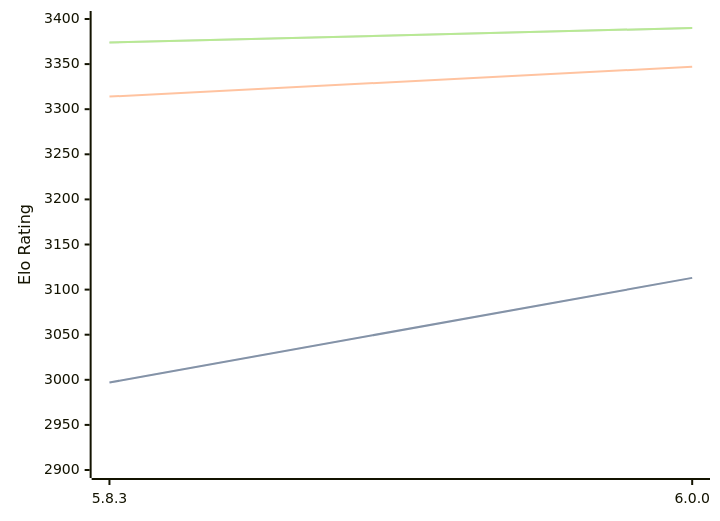
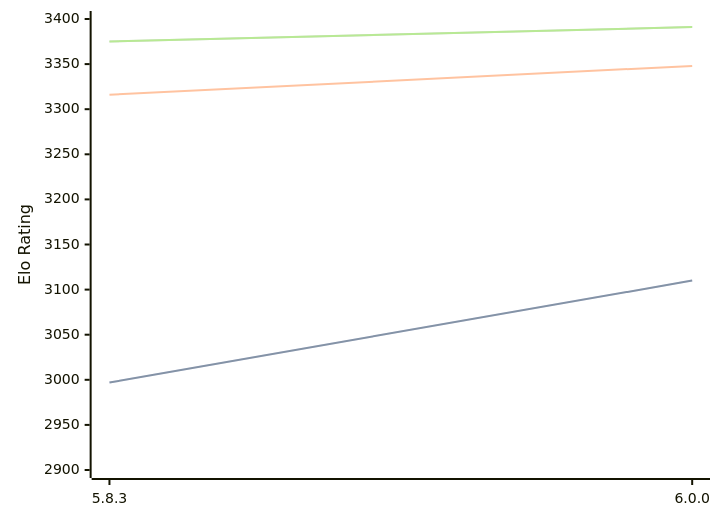
Before and after one commit to computer-chess-index/cci: the diagram in engines/Zigqueen.md, drawn with Mermaid. The commit also changed other lines of this file, not shown here.

Commit message:
Update CCI Ratings (ELO VLTC) - 2026-08-26

````diff
--- a/engines/Zigqueen.md
+++ b/engines/Zigqueen.md
@@ -35,11 +35,11 @@
 ```mermaid
 %%{init: {"theme":"base","themeVariables":{"seriesColors:['#a3a3a3','#222221','#faa371']}}}%%
 xychart-beta
   x-axis ["5.8.3", "6.0.0"]
   y-axis "Elo Rating" 2900 --> 3400
-  line "STC (8.0+0.08s)" [2997, 3113]
-  line "STC (8.0+0.08s)" [2997, 3113]
-  line "LTC (60.0+0.60s)" [3314, 3347]
-  line "VLTC (2m24s+1.12s)" [3374, 3390]
-  line "VLTC (2m24s+1.12s)" [3374, 3390]
+  line "STC (8.0+0.08s)" [2997, 3110]
+  line "STC (8.0+0.08s)" [2997, 3110]
+  line "LTC (60.0+0.60s)" [3316, 3348]
+  line "VLTC (2m24s+1.12s)" [3375, 3391]
+  line "VLTC (2m24s+1.12s)" [3375, 3391]
 ```
````
